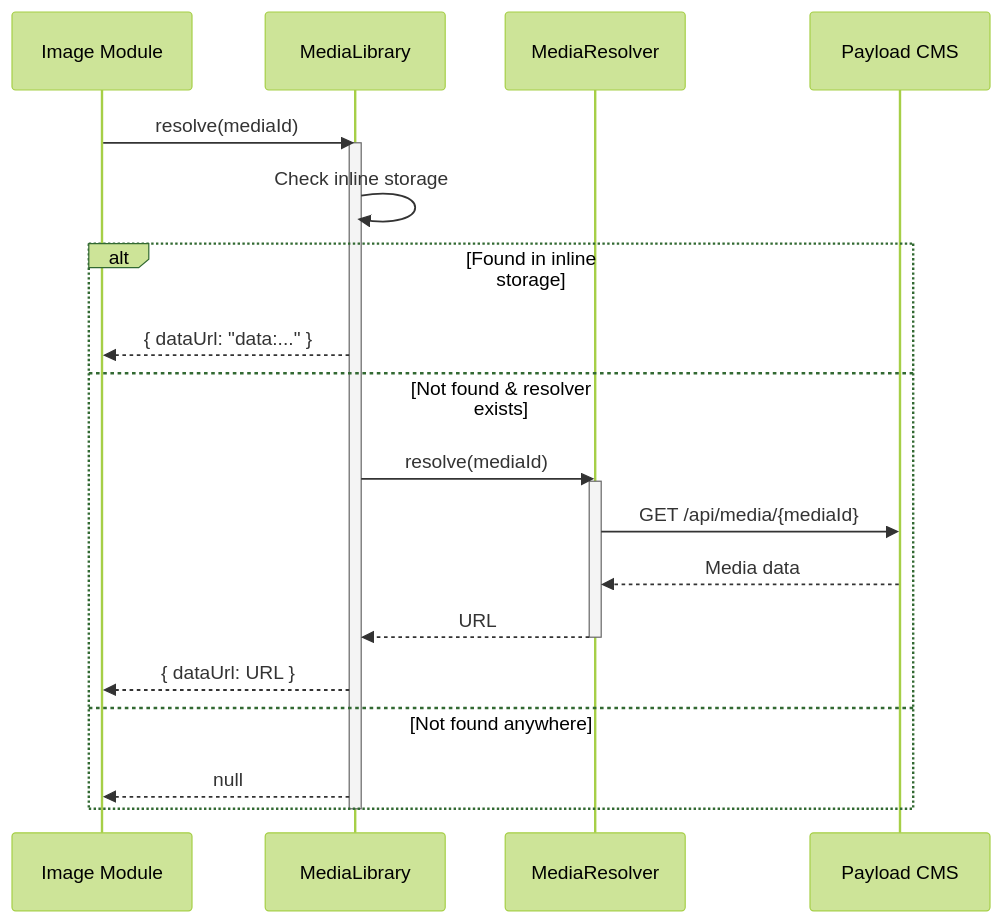
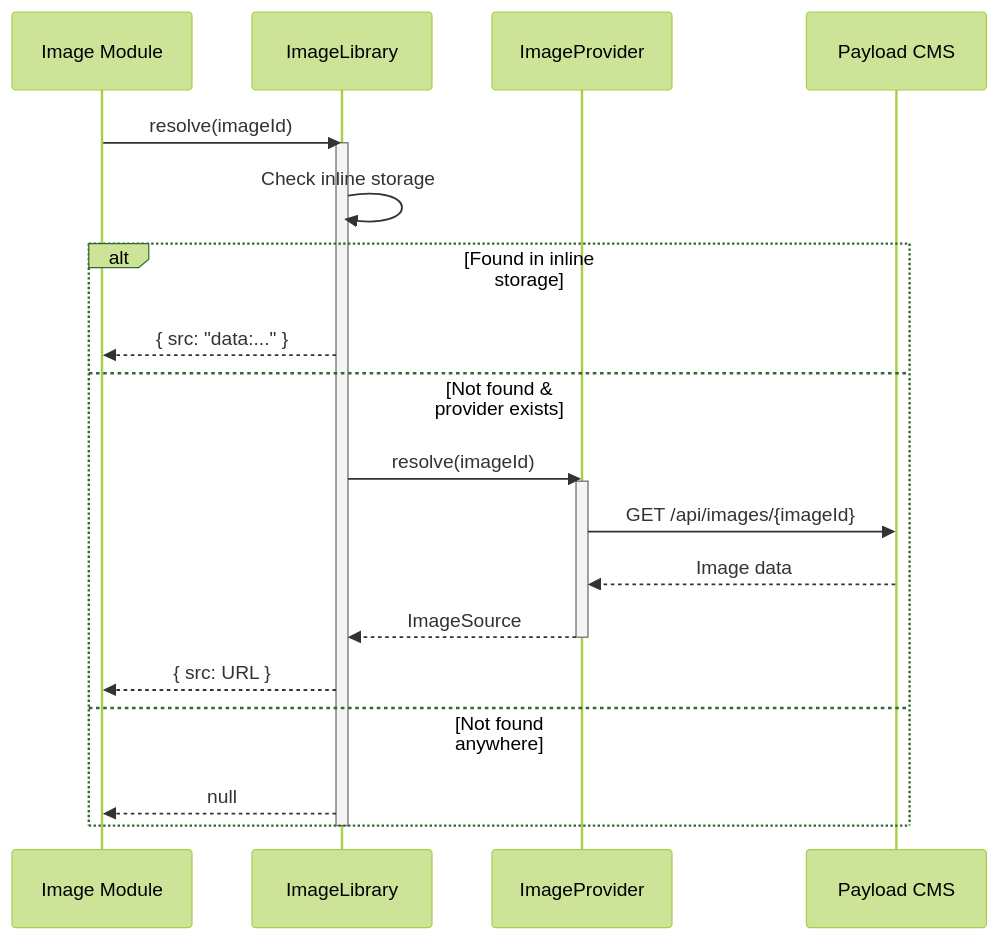
Before and after one commit to mainzcript/ujl: the eighth of 12 diagrams in apps/docs/src/arc42/06-runtime-view.md, drawn with Mermaid (forest theme). The commit also changed other lines of this file and 11 other files, not shown here.

Commit message:
refactor: rename media terminology to image across documentation and update related configurations

````diff
--- a/apps/docs/src/arc42/06-runtime-view.md
+++ b/apps/docs/src/arc42/06-runtime-view.md
@@ -598,28 +611,28 @@
 ```mermaid
 sequenceDiagram
     participant Module as Image Module
-    participant Library as MediaLibrary
-    participant Resolver as MediaResolver
+    participant Library as ImageLibrary
+    participant Provider as ImageProvider
     participant Backend as Payload CMS
 
-    Module->>Library: resolve(mediaId)
+    Module->>Library: resolve(imageId)
     activate Library
 
     Library->>Library: Check inline storage
 
     alt Found in inline storage
-        Library-->>Module: { dataUrl: "data:..." }
-    else Not found & resolver exists
-        Library->>Resolver: resolve(mediaId)
-        activate Resolver
-        Resolver->>Backend: GET /api/media/{mediaId}
-        Backend-->>Resolver: Media data
-        Resolver-->>Library: URL
-        deactivate Resolver
-        Library-->>Module: { dataUrl: URL }
+        Library-->>Module: { src: "data:..." }
+    else Not found & provider exists
+        Library->>Provider: resolve(imageId)
+        activate Provider
+        Provider->>Backend: GET /api/images/{imageId}
+        Backend-->>Provider: Image data
+        Provider-->>Library: ImageSource
+        deactivate Provider
+        Library-->>Module: { src: URL }
     else Not found anywhere
         Library-->>Module: null
     end
 
     deactivate Library
 ```
````
